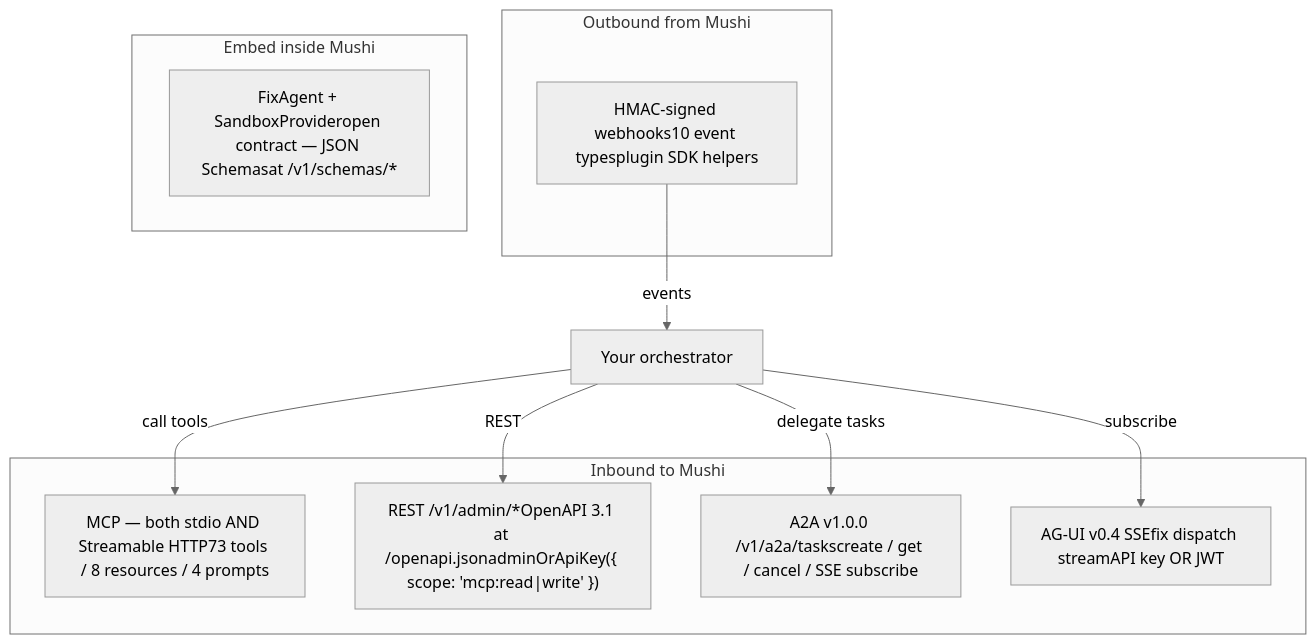
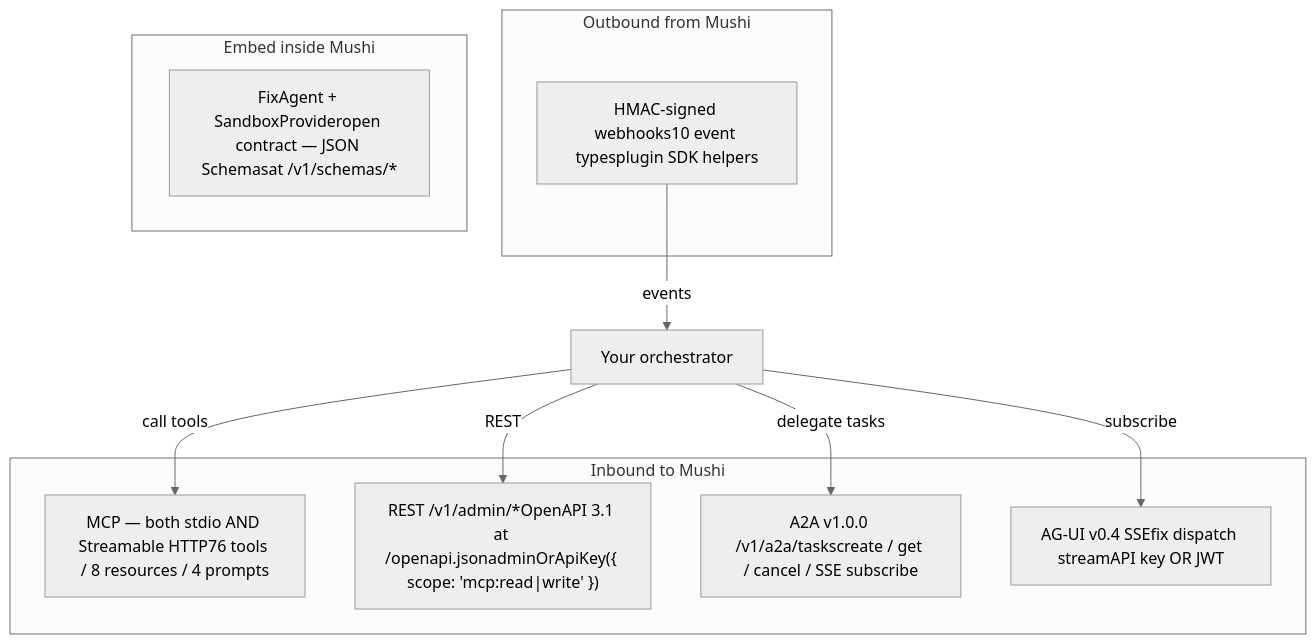
One commit to kensaurus/mushi-mushi changed the diagram in apps/docs/public/llm-md/concepts/orchestrator-interop.md. Above: the diagram before and after it, drawn with Mermaid (neutral theme). The commit also changed other lines of this file and 208 other files, not shown here.

````diff
--- a/apps/docs/public/llm-md/concepts/orchestrator-interop.md
+++ b/apps/docs/public/llm-md/concepts/orchestrator-interop.md
@@ -33,20 +33,20 @@
 ```mermaid
 flowchart TB
   subgraph Inbound["Inbound to Mushi"]
-    MCP["MCP — both stdio AND Streamable HTTP73 tools / 8 resources / 4 prompts"]
+    MCP["MCP — both stdio AND Streamable HTTP76 tools / 8 resources / 4 prompts"]
     REST["REST /v1/admin/*OpenAPI 3.1 at /openapi.jsonadminOrApiKey({ scope: 'mcp:read|write' })"]
     A2A["A2A v1.0.0 /v1/a2a/taskscreate / get / cancel / SSE subscribe"]
     AGUI["AG-UI v0.4 SSEfix dispatch streamAPI key OR JWT"]
   end
   subgraph Outbound["Outbound from Mushi"]
     Hooks["HMAC-signed webhooks10 event typesplugin SDK helpers"]
   end
   subgraph Native["Embed inside Mushi"]
     FA["FixAgent + SandboxProvideropen contract — JSON Schemasat /v1/schemas/*"]
   end
   Orch["Your orchestrator"] -->|"call tools"| MCP
   Orch -->|"REST"| REST
   Orch -->|"delegate tasks"| A2A
   Orch -->|"subscribe"| AGUI
   Hooks -->|"events"| Orch
 ```
````
